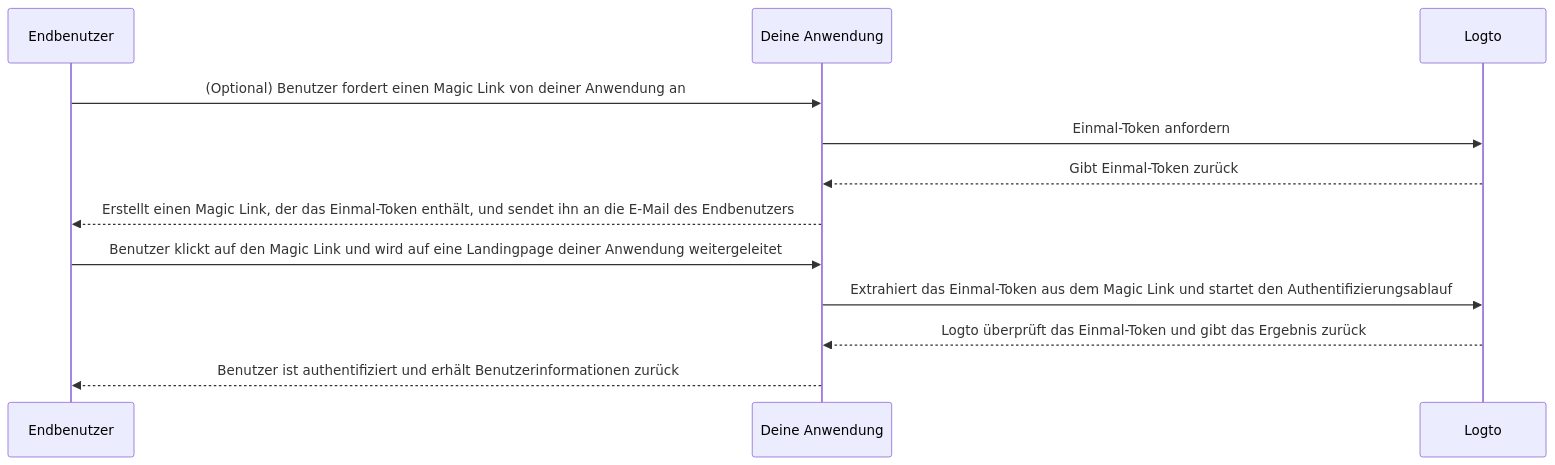
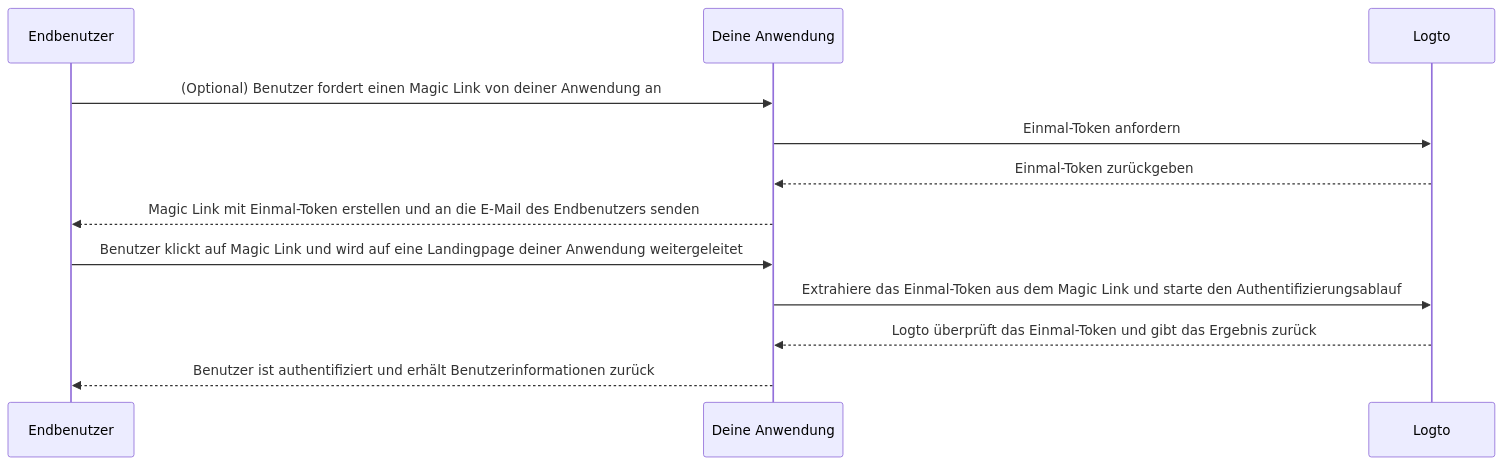
The diagram in i18n/de/docusaurus-plugin-content-docs/current/end-user-flows/one-time-token.mdx (logto-io/docs), drawn with Mermaid before and after one commit. The commit also changed other lines of this file and 35 other files, not shown here.

````diff
--- a/i18n/de/docusaurus-plugin-content-docs/current/end-user-flows/one-time-token.mdx
+++ b/i18n/de/docusaurus-plugin-content-docs/current/end-user-flows/one-time-token.mdx
@@ -24,15 +24,15 @@
 ```mermaid
 sequenceDiagram
   participant U as Endbenutzer
   participant C as Deine Anwendung
   participant L as Logto
 
   U ->> C: (Optional) Benutzer fordert einen Magic Link von deiner Anwendung an
   C ->> L: Einmal-Token anfordern
-  L -->> C: Gibt Einmal-Token zurück
-  C -->> U: Erstellt einen Magic Link, der das Einmal-Token enthält, und sendet ihn an die E-Mail des Endbenutzers
-  U ->> C: Benutzer klickt auf den Magic Link und wird auf eine Landingpage deiner Anwendung weitergeleitet
-  C ->> L: Extrahiert das Einmal-Token aus dem Magic Link und startet den Authentifizierungsablauf
+  L -->> C: Einmal-Token zurückgeben
+  C -->> U: Magic Link mit Einmal-Token erstellen und an die E-Mail des Endbenutzers senden
+  U ->> C: Benutzer klickt auf Magic Link und wird auf eine Landingpage deiner Anwendung weitergeleitet
+  C ->> L: Extrahiere das Einmal-Token aus dem Magic Link und starte den Authentifizierungsablauf
   L -->> C: Logto überprüft das Einmal-Token und gibt das Ergebnis zurück
   C -->> U: Benutzer ist authentifiziert und erhält Benutzerinformationen zurück
 ```
````
